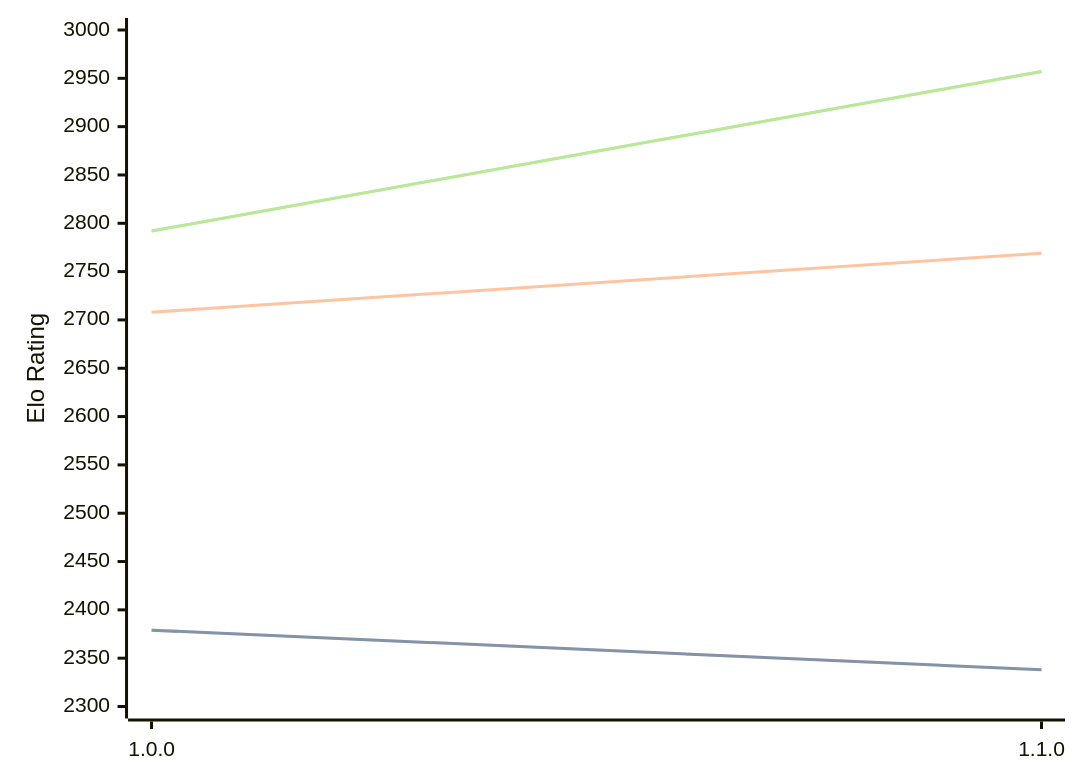
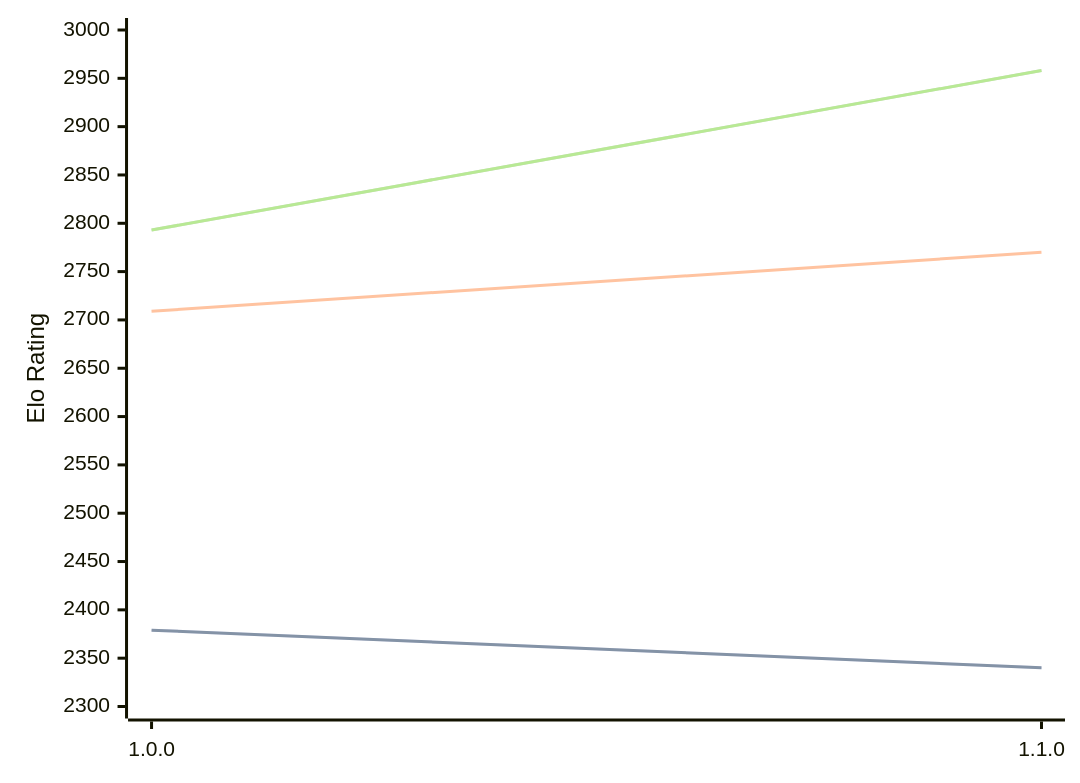
The diagram in engines/ShallowGuess.md (computer-chess-index/cci), drawn with Mermaid before and after one commit. The commit also changed other lines of this file, not shown here.

Commit message:
Update CCI Ratings (ELO VLTC) - 2026-05-12

````diff
--- a/engines/ShallowGuess.md
+++ b/engines/ShallowGuess.md
@@ -36,11 +36,11 @@
 ```mermaid
 %%{init: {"theme":"base","themeVariables":{"seriesColors:['#a3a3a3','#222221','#faa371']}}}%%
 xychart-beta
   x-axis ["1.0.0", "1.1.0"]
   y-axis "Elo Rating" 2300 --> 3000
-  line "STC (8.0+0.08s)" [2379, 2338]
-  line "STC (8.0+0.08s)" [2379, 2338]
-  line "LTC (60.0+0.60s)" [2708, 2769]
-  line "VLTC (2m24s+1.12s)" [2792, 2957]
-  line "VLTC (2m24s+1.12s)" [2792, 2957]
+  line "STC (8.0+0.08s)" [2379, 2340]
+  line "STC (8.0+0.08s)" [2379, 2340]
+  line "LTC (60.0+0.60s)" [2709, 2770]
+  line "VLTC (2m24s+1.12s)" [2793, 2958]
+  line "VLTC (2m24s+1.12s)" [2793, 2958]
 ```
````
